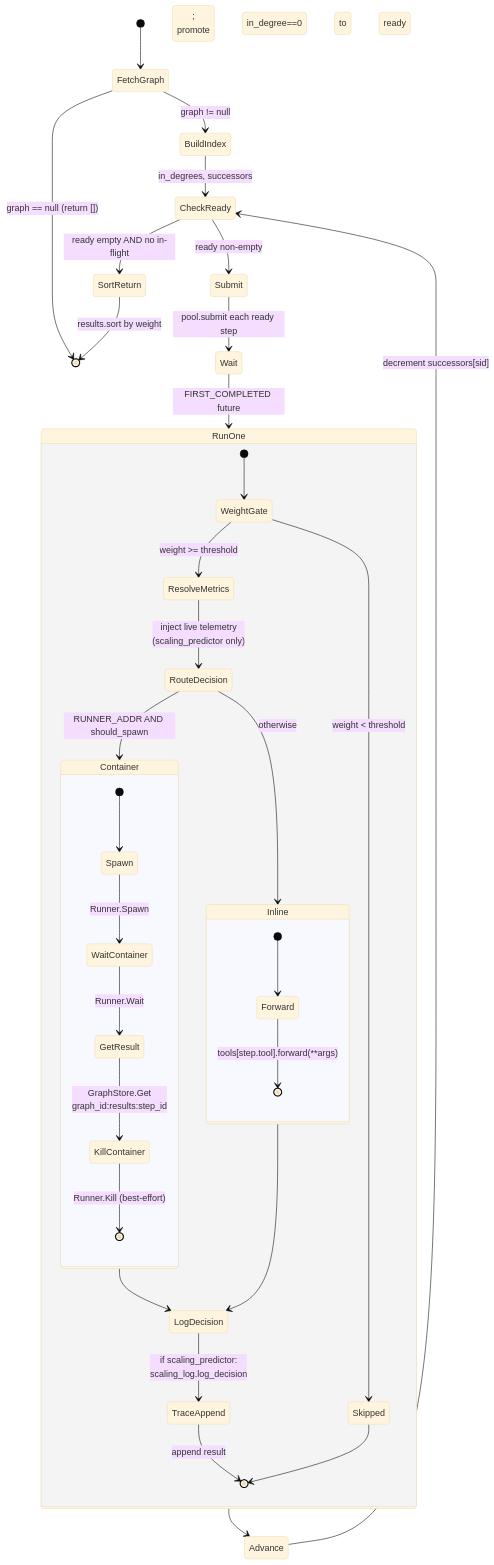
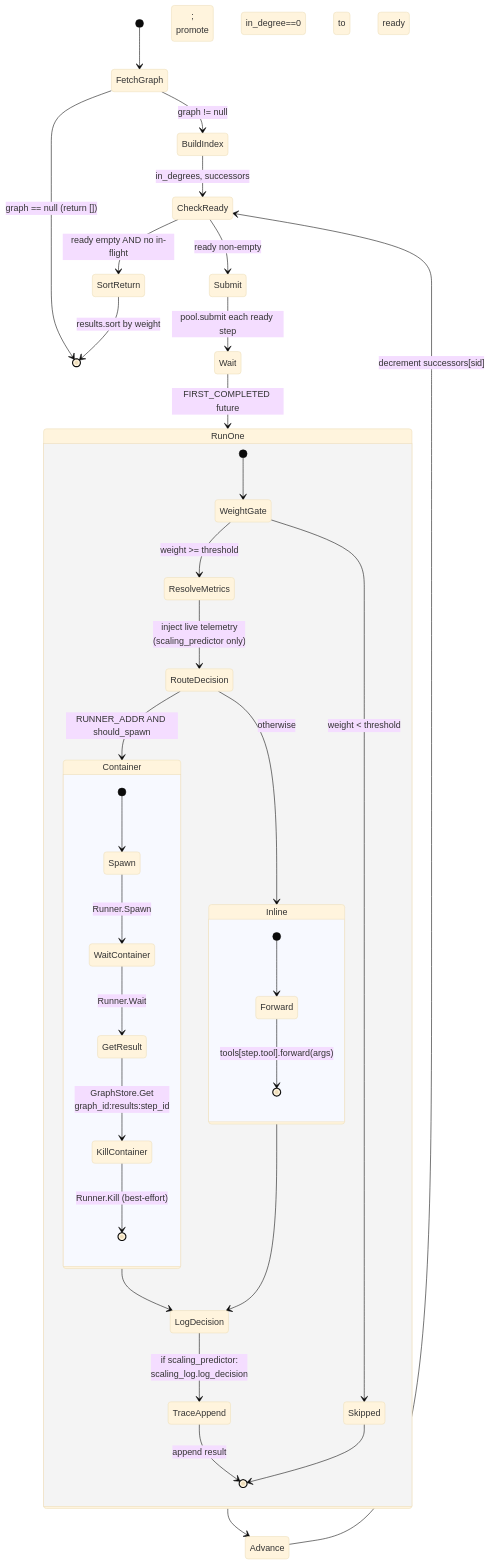
One commit to KirkKennedyLincoln/BREH changed the fourth of 5 diagrams in README.md. Above: the diagram before and after it, drawn with Mermaid (base theme). The commit also changed other lines of this file, not shown here.

Commit message:
updates to mermaid doc model

````diff
--- a/README.md
+++ b/README.md
@@ -265,47 +265,47 @@
 ```mermaid
 stateDiagram-v2
     direction TB
     [*] --> FetchGraph
     FetchGraph --> BuildIndex : graph != null
     FetchGraph --> [*] : graph == null (return [])
     BuildIndex --> CheckReady : in_degrees, successors
 
     state CheckReady <<choice>>
     CheckReady --> SortReturn : ready empty AND no in-flight
     CheckReady --> Submit : ready non-empty
     Submit --> Wait : pool.submit each ready step
     Wait --> RunOne : FIRST_COMPLETED future
     state RunOne {
         [*] --> WeightGate
         state WeightGate <<choice>>
         WeightGate --> Skipped : weight < threshold
         WeightGate --> ResolveMetrics : weight >= threshold
         ResolveMetrics --> RouteDecision : inject live telemetry<br/>(scaling_predictor only)
         state RouteDecision <<choice>>
         RouteDecision --> Container : RUNNER_ADDR AND should_spawn
         RouteDecision --> Inline : otherwise
 
         state Container {
             [*] --> Spawn
             Spawn --> WaitContainer : Runner.Spawn
             WaitContainer --> GetResult : Runner.Wait
             GetResult --> KillContainer : GraphStore.Get<br/>graph_id:results:step_id
             KillContainer --> [*] : Runner.Kill (best-effort)
         }
 
         state Inline {
             [*] --> Forward
-            Forward --> [*] : tools[step.tool].forward(**args)
+            Forward --> [*] : tools[step.tool].forward(args)
         }
 
         Container --> LogDecision
         Inline --> LogDecision
         LogDecision --> TraceAppend : if scaling_predictor:<br/>scaling_log.log_decision
         TraceAppend --> [*] : append result
         Skipped --> [*]
     }
 
     RunOne --> Advance
     Advance --> CheckReady : decrement successors[sid];<br/>promote in_degree==0 to ready
     SortReturn --> [*] : results.sort by weight
 ```
````
